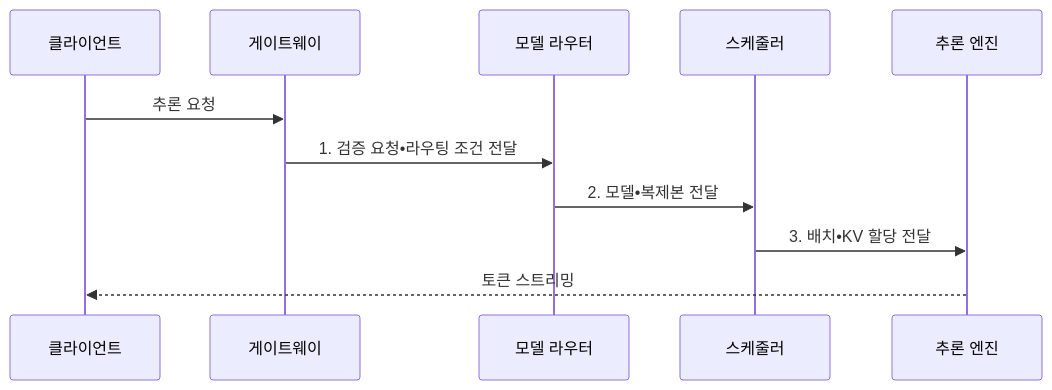
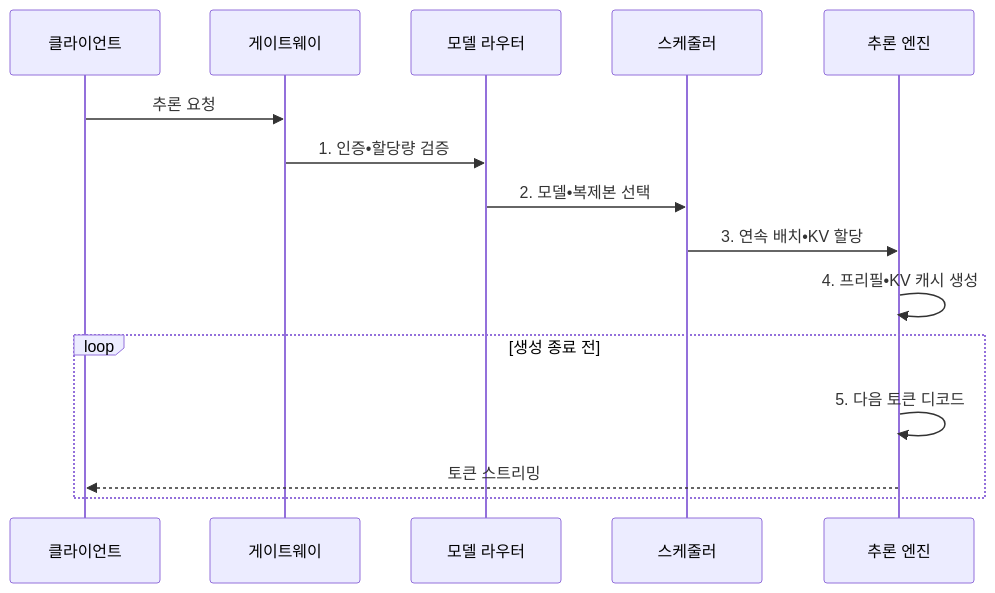
One commit to agnusdei1207/knowledge-base changed the second of 2 diagrams in src/content/docs/notes/08-latest-tech/048_llm_serving.md. Above: the diagram before and after it, drawn with Mermaid. The commit also changed other lines of this file and 15 other files, not shown here.

````diff
--- a/src/content/docs/notes/08-latest-tech/048_llm_serving.md
+++ b/src/content/docs/notes/08-latest-tech/048_llm_serving.md
@@ -103,13 +103,17 @@
 ```mermaid
 sequenceDiagram
     participant C as 클라이언트
     participant G as 게이트웨이
     participant R as 모델 라우터
     participant S as 스케줄러
     participant E as 추론 엔진
     C->>G: 추론 요청
-    G->>R: 1. 검증 요청•라우팅 조건 전달
-    R->>S: 2. 모델•복제본 전달
-    S->>E: 3. 배치•KV 할당 전달
-    E-->>C: 토큰 스트리밍
+    G->>R: 1. 인증•할당량 검증
+    R->>S: 2. 모델•복제본 선택
+    S->>E: 3. 연속 배치•KV 할당
+    E->>E: 4. 프리필•KV 캐시 생성
+    loop 생성 종료 전
+        E->>E: 5. 다음 토큰 디코드
+        E-->>C: 토큰 스트리밍
+    end
 ```
````
